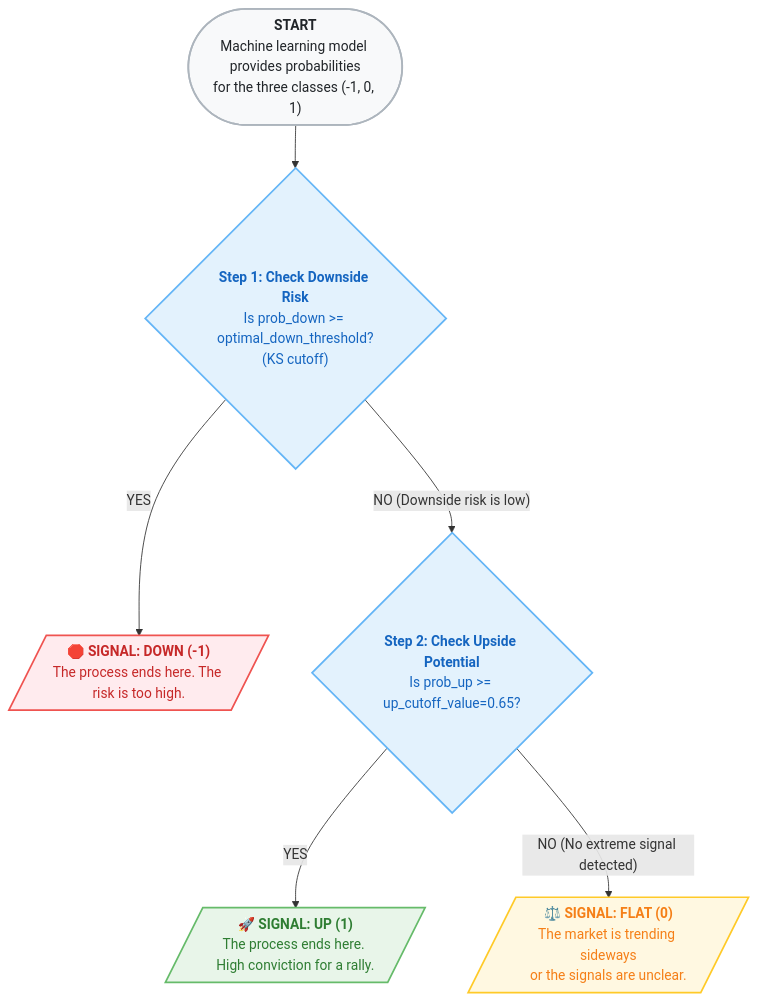
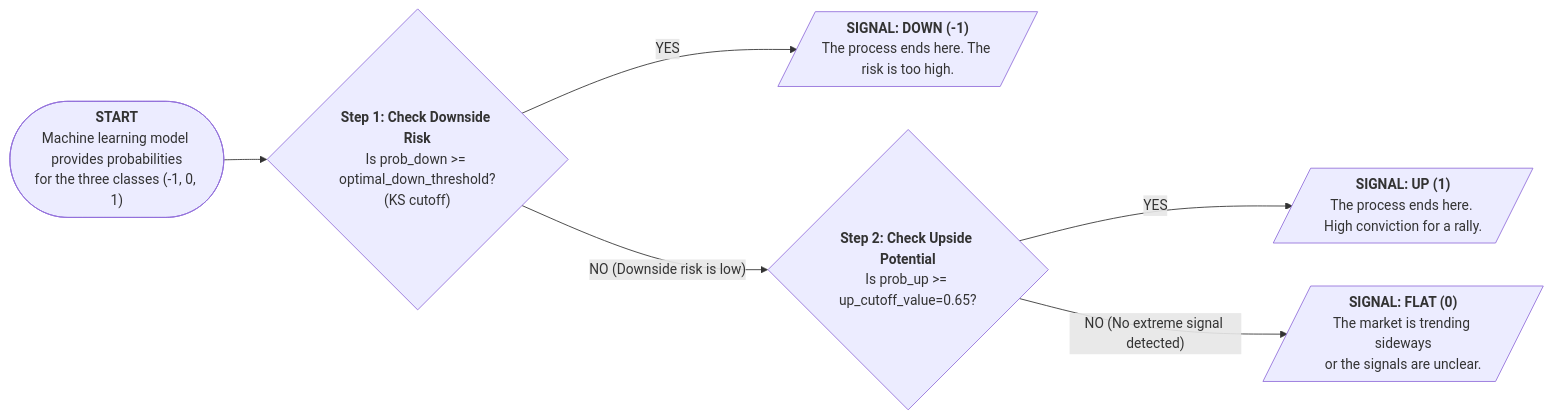
The diagram in README.md (kleinnconrad/etf-predictor), drawn with Mermaid before and after one commit.

Commit message:
docs: update mermaid flowchart orientation and simplify signal node formatting in README

````diff
--- a/README.md
+++ b/README.md
@@ -174,33 +174,20 @@
 ```mermaid
-flowchart TD
+flowchart LR
     Start(["<b>START</b><br/>Machine learning model provides probabilities<br/>for the three classes (-1, 0, 1)"])
     
     Node1{"<b>Step 1: Check Downside Risk</b><br/>Is prob_down >= optimal_down_threshold?<br/>(KS cutoff)"}
     
-    SignalDown[/"🛑 <b>SIGNAL: DOWN (-1)</b><br/>The process ends here. The risk is too high."/]
+    SignalDown[/"<b>SIGNAL: DOWN (-1)</b><br/>The process ends here. The risk is too high."/]
     
     Node2{"<b>Step 2: Check Upside Potential</b><br/>Is prob_up >= up_cutoff_value=0.65?"}
     
-    SignalUp[/"🚀 <b>SIGNAL: UP (1)</b><br/>The process ends here. High conviction for a rally."/]
+    SignalUp[/"<b>SIGNAL: UP (1)</b><br/>The process ends here. High conviction for a rally."/]
     
-    SignalFlat[/"⚖️ <b>SIGNAL: FLAT (0)</b><br/>The market is trending sideways<br/>or the signals are unclear."/]
+    SignalFlat[/"<b>SIGNAL: FLAT (0)</b><br/>The market is trending sideways<br/>or the signals are unclear."/]
 
     Start --> Node1
     Node1 -->|"YES"| SignalDown
     Node1 -->|"NO (Downside risk is low)"| Node2
     Node2 -->|"YES"| SignalUp
     Node2 -->|"NO (No extreme signal detected)"| SignalFlat
-
-    %% Styling optimized for readability in both Light and Dark Mode
-    classDef startNode fill:#f8f9fa,stroke:#adb5bd,stroke-width:2px,color:#212529;
-    classDef decision fill:#e3f2fd,stroke:#64b5f6,stroke-width:2px,color:#1565c0;
-    classDef down fill:#ffebee,stroke:#ef5350,stroke-width:2px,color:#c62828;
-    classDef up fill:#e8f5e9,stroke:#66bb6a,stroke-width:2px,color:#2e7d32;
-    classDef flat fill:#fff8e1,stroke:#ffca28,stroke-width:2px,color:#f57f17;
-
-    class Start startNode;
-    class Node1,Node2 decision;
-    class SignalDown down;
-    class SignalUp up;
-    class SignalFlat flat;
 ```
````
